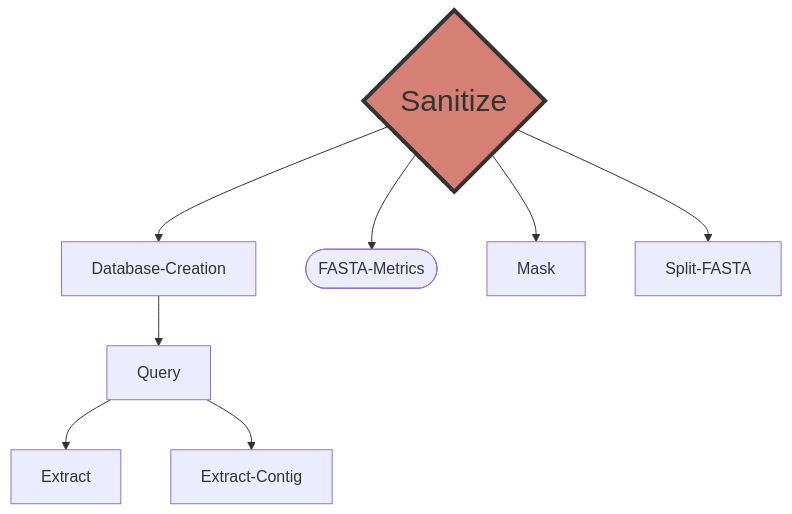
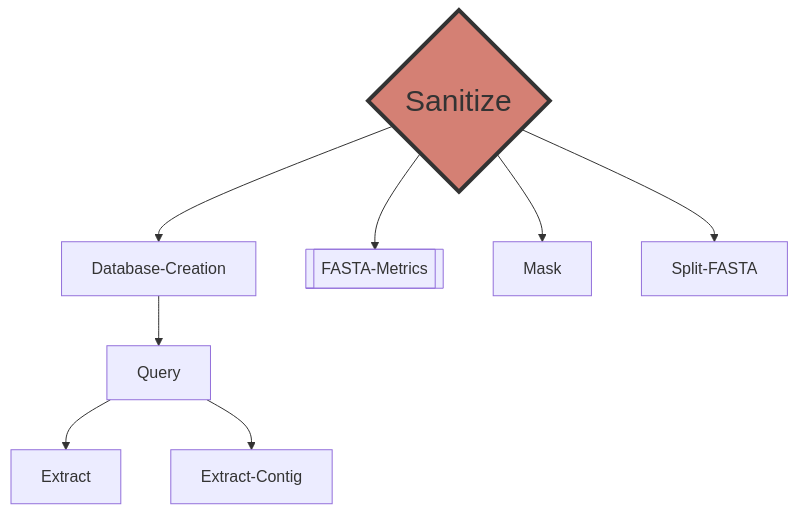
One commit to ERBringHorvath/SeqForge changed the diagram in README.md. Above: the diagram before and after it, drawn with Mermaid.

````diff
--- a/README.md
+++ b/README.md
@@ -79,13 +79,13 @@
 ```mermaid
 graph TD;
     A{Sanitize}-->Database-Creation;
     Database-Creation-->Query;
     Query-->Extract;
     Query-->Extract-Contig;
-    A{Sanitize}-->B([FASTA-Metrics]);
+    A{Sanitize}-->B[[FASTA-Metrics]];
     A{Sanitize}-->Mask;
     A{Sanitize}-->Split-FASTA;
 
     %% Custom style for Sanitize node
     style A fill:#d48074,stroke:#333,stroke-width:4,font-size:30px
 ```
````
